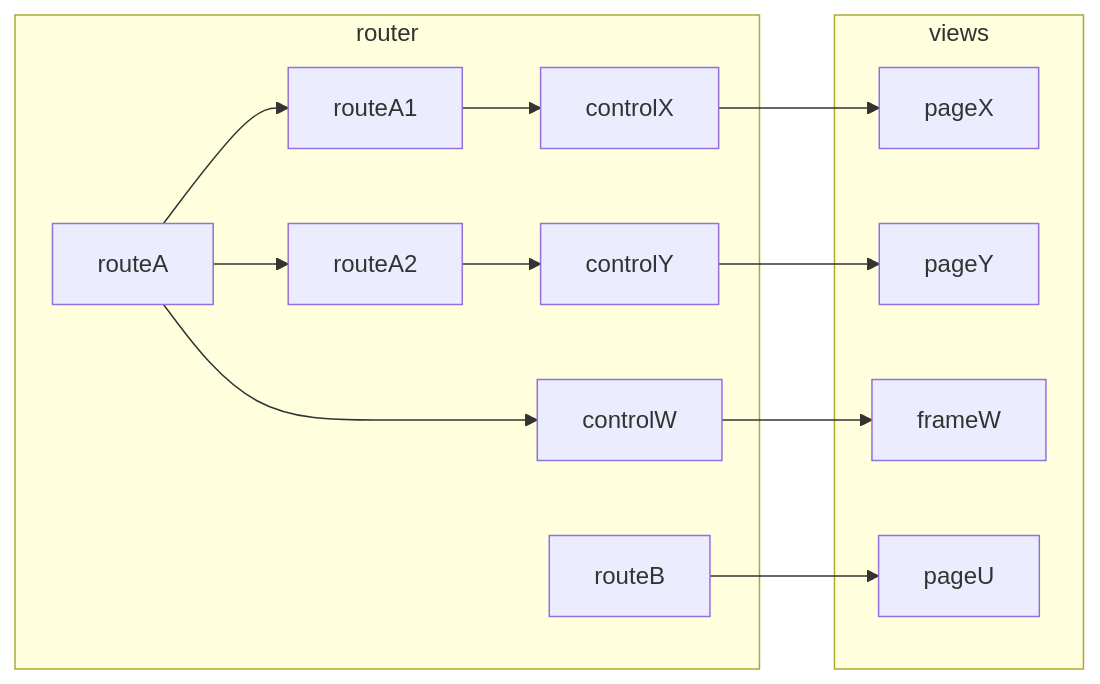
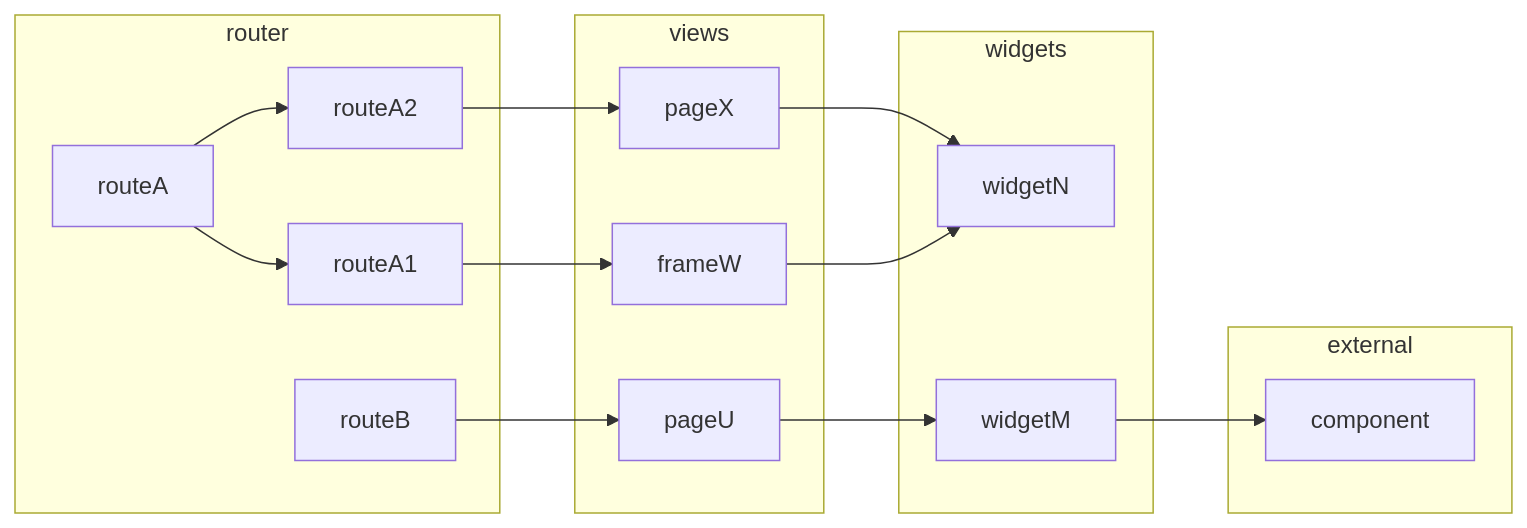
The second of 2 diagrams in README.md (joaomelo/calystone), drawn with Mermaid before and after one commit. The commit also changed other lines of this file and 32 other files, not shown here.

````diff
--- a/README.md
+++ b/README.md
@@ -41,19 +38,28 @@
 ```mermaid
 graph LR;
   subgraph router
-    routeA --> controlW;
-    routeA --> routeA1 --> controlX;
-    routeA --> routeA2 --> controlY;
+    routeA --> routeA1;
+    routeA --> routeA2;
     routeB
   end
   subgraph views
+    frameW;
     pageX;
-    pageY;
-    frameW;
     pageU;
   end
-  controlW --> frameW;
-  controlX --> pageX;
-  controlY --> pageY;
+  subgraph widgets
+    widgetN
+    widgetM
+  end
+  subgraph external
+    component
+  end
+
+  routeA1 --> frameW;
+  routeA2 --> pageX;
   routeB --> pageU
+  pageX --> widgetN
+  frameW --> widgetN;
+  pageU --> widgetM;
+  widgetM --> component
 ```
````
